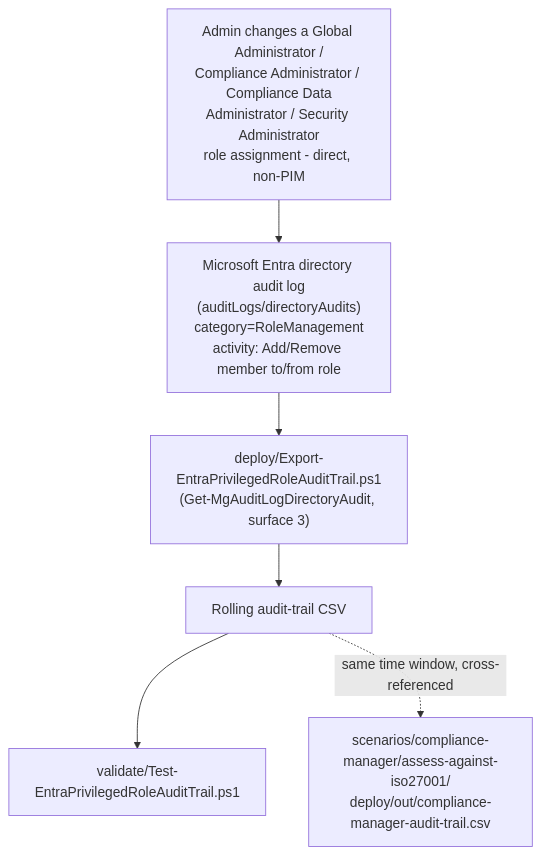
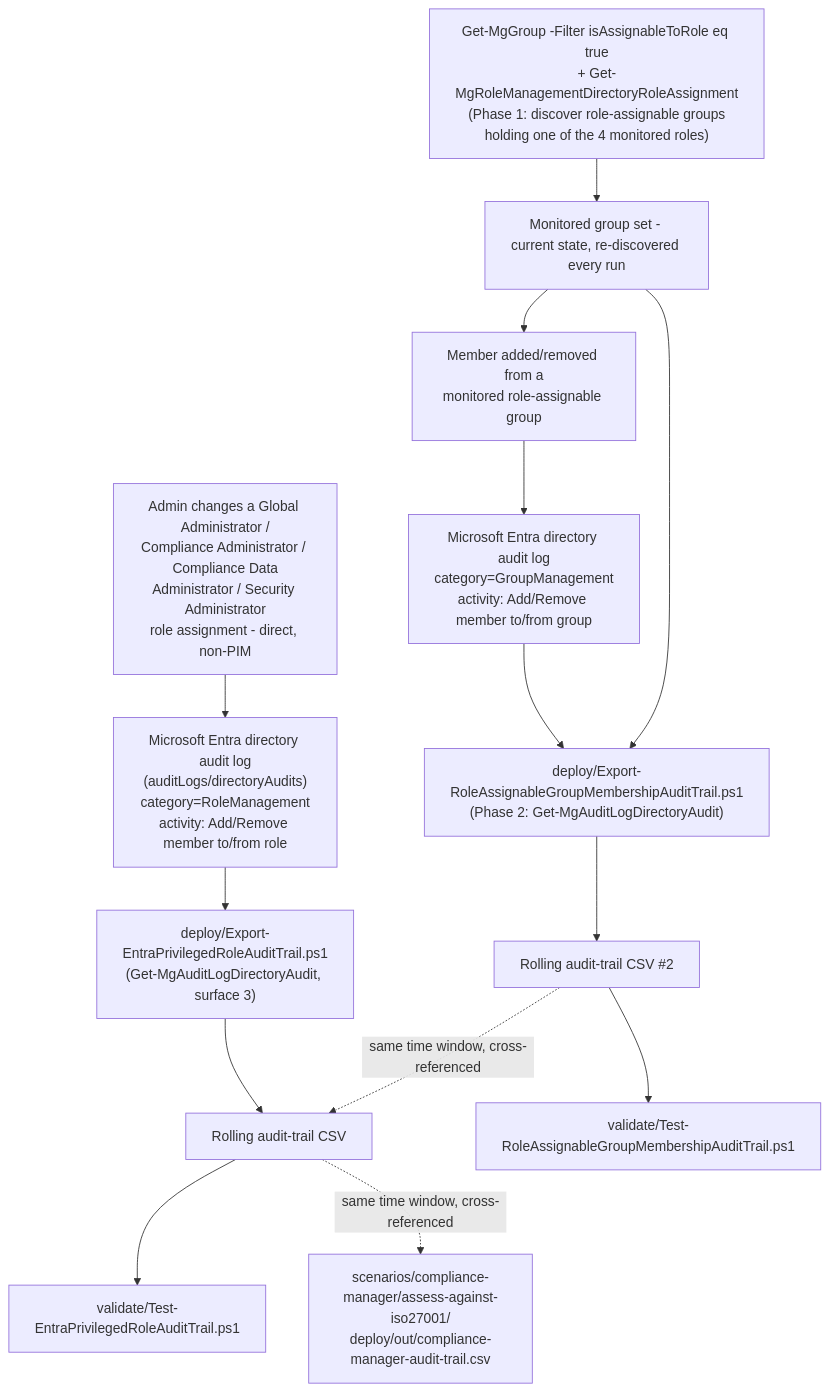
The diagram in scenarios/compliance-manager/entra-privileged-role-monitoring/README.md (kpsec1/purview-scenario-library), drawn with Mermaid before and after one commit. The commit also changed other lines of this file and 6 other files, not shown here.

First line of the commit message:
feat(compliance-manager): close role-assignable-group gap in Entra privileged role monitoring

````diff
--- a/scenarios/compliance-manager/entra-privileged-role-monitoring/README.md
+++ b/scenarios/compliance-manager/entra-privileged-role-monitoring/README.md
@@ -52,8 +62,16 @@
 ```mermaid
 flowchart TD
     A[Admin changes a Global Administrator /<br/>Compliance Administrator / Compliance Data<br/>Administrator / Security Administrator<br/>role assignment - direct, non-PIM] --> B["Microsoft Entra directory audit log<br/>(auditLogs/directoryAudits)<br/>category=RoleManagement<br/>activity: Add/Remove member to/from role"]
     B --> C["deploy/Export-EntraPrivilegedRoleAuditTrail.ps1<br/>(Get-MgAuditLogDirectoryAudit, surface 3)"]
     C --> D[Rolling audit-trail CSV]
     D --> E["validate/Test-EntraPrivilegedRoleAuditTrail.ps1"]
     D -.same time window, cross-referenced.-> F["scenarios/compliance-manager/assess-against-iso27001/<br/>deploy/out/compliance-manager-audit-trail.csv"]
+
+    G["Get-MgGroup -Filter isAssignableToRole eq true<br/>+ Get-MgRoleManagementDirectoryRoleAssignment<br/>(Phase 1: discover role-assignable groups<br/>holding one of the 4 monitored roles)"] --> H[Monitored group set - current state, re-discovered every run]
+    H --> I["Member added/removed from a<br/>monitored role-assignable group"] --> J["Microsoft Entra directory audit log<br/>category=GroupManagement<br/>activity: Add/Remove member to/from group"]
+    J --> K["deploy/Export-RoleAssignableGroupMembershipAuditTrail.ps1<br/>(Phase 2: Get-MgAuditLogDirectoryAudit)"]
+    H --> K
+    K --> L[Rolling audit-trail CSV #2]
+    L --> M["validate/Test-RoleAssignableGroupMembershipAuditTrail.ps1"]
+    L -.same time window, cross-referenced.-> D
 ```
````
